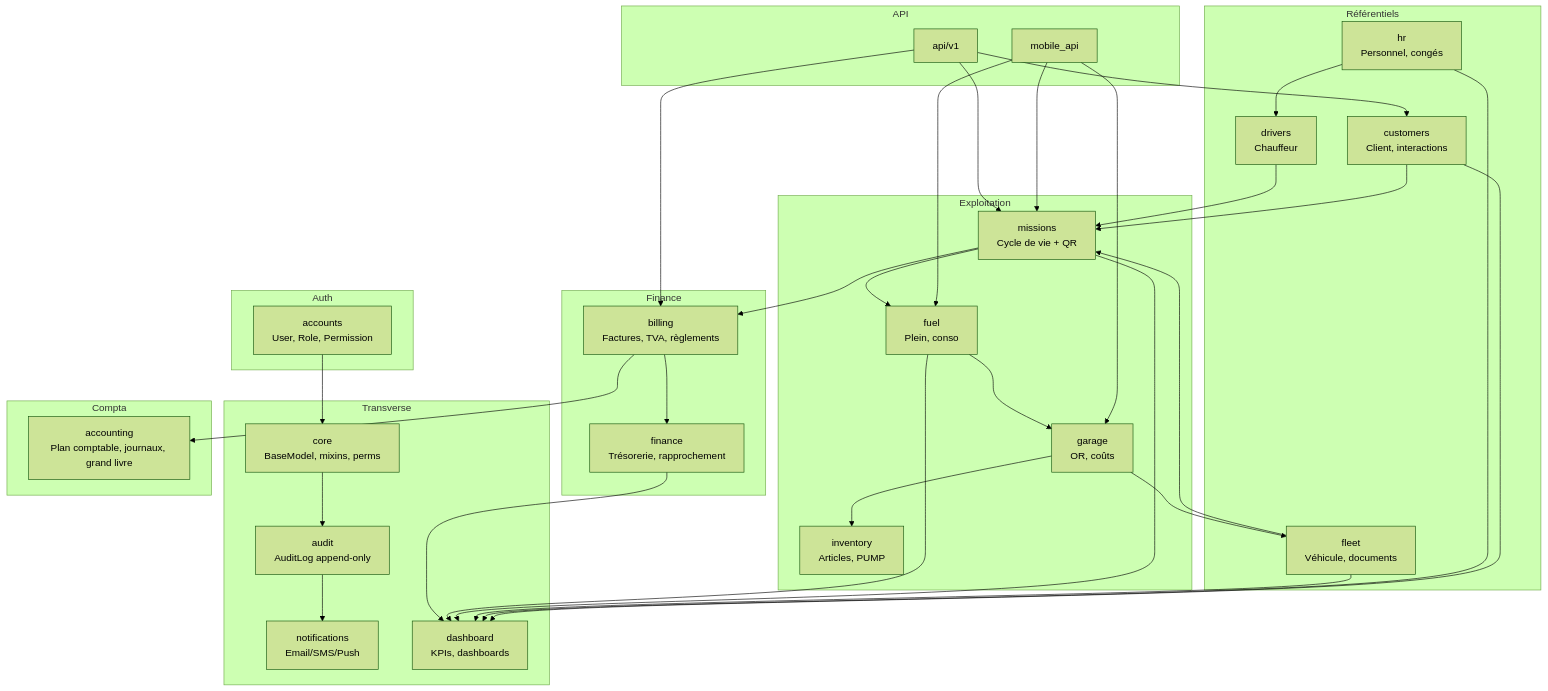
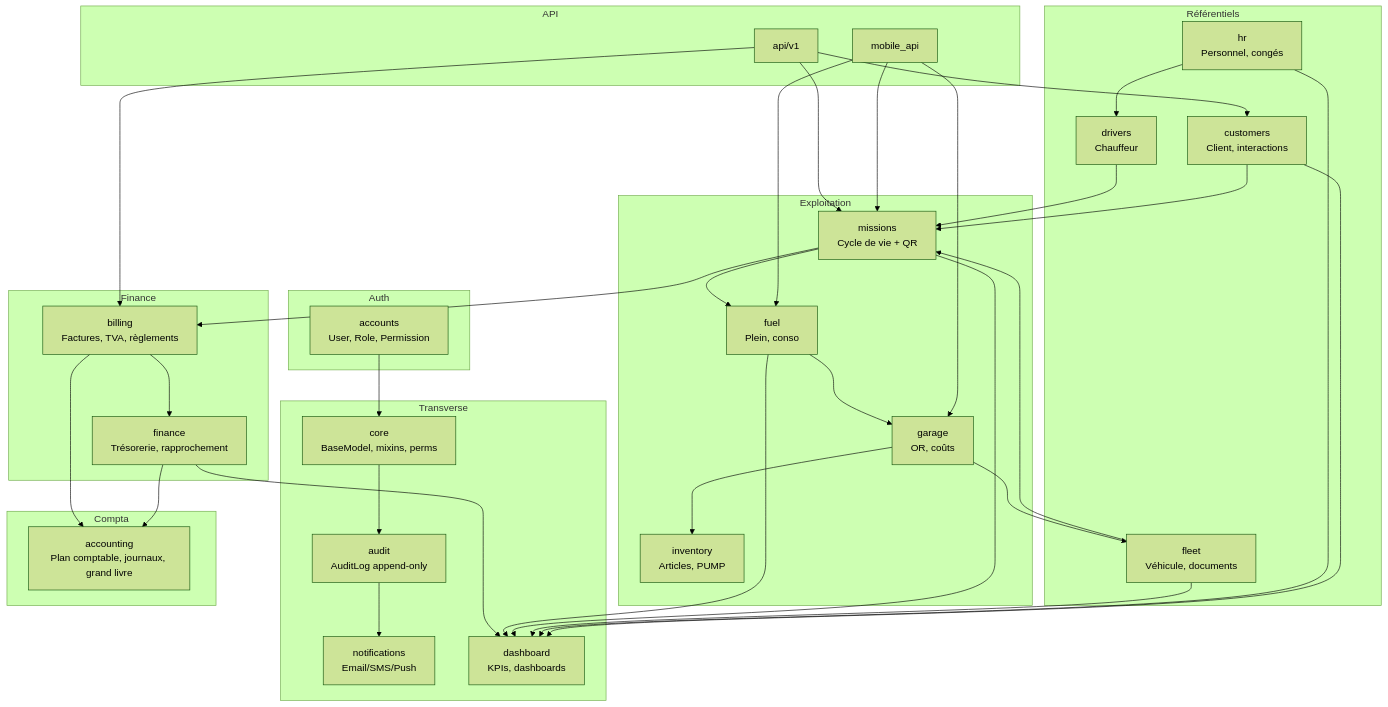
The third of 10 diagrams in architecture.md (AFAQSUCA/erp-densource), drawn with Mermaid (forest theme) before and after one commit. The commit also changed 32 other files, not shown here.

````diff
--- a/architecture.md
+++ b/architecture.md
@@ -97,68 +97,69 @@
 ```mermaid
 graph TD
     subgraph Auth
         ACC[accounts<br/>User, Role, Permission]
     end
 
     subgraph Transverse
         CORE[core<br/>BaseModel, mixins, perms]
         AUDIT[audit<br/>AuditLog append-only]
         NOTIF[notifications<br/>Email/SMS/Push]
         DASH[dashboard<br/>KPIs, dashboards]
     end
 
     subgraph Référentiels
         HR[hr<br/>Personnel, congés]
         DRV[drivers<br/>Chauffeur]
         CUST[customers<br/>Client, interactions]
         FLEET[fleet<br/>Véhicule, documents]
     end
 
     subgraph Exploitation
         MISSION[missions<br/>Cycle de vie + QR]
         FUEL[fuel<br/>Plein, conso]
         GARAGE[garage<br/>OR, coûts]
         INV[inventory<br/>Articles, PUMP]
     end
 
     subgraph Finance
         BILL[billing<br/>Factures, TVA, règlements]
         FIN[finance<br/>Trésorerie, rapprochement]
     end
 
     subgraph Compta
         ACCT[accounting<br/>Plan comptable, journaux, grand livre]
     end
 
     subgraph API
         APIV1[api/v1]
         MOBAPI[mobile_api]
     end
 
     ACC --> CORE
     CORE --> AUDIT
     AUDIT --> NOTIF
     HR --> DRV
     DRV --> MISSION
     CUST --> MISSION
     FLEET --> MISSION
     MISSION --> FUEL
     MISSION --> BILL
     FUEL --> GARAGE
     GARAGE --> INV
     GARAGE --> FLEET
     BILL --> FIN
     BILL --> ACCT
+    FIN --> ACCT
     FIN --> DASH
     FUEL --> DASH
     MISSION --> DASH
     FLEET --> DASH
     HR --> DASH
     CUST --> DASH
     APIV1 --> MISSION
     APIV1 --> BILL
     APIV1 --> CUST
     MOBAPI --> MISSION
     MOBAPI --> FUEL
     MOBAPI --> GARAGE
 ```
````
